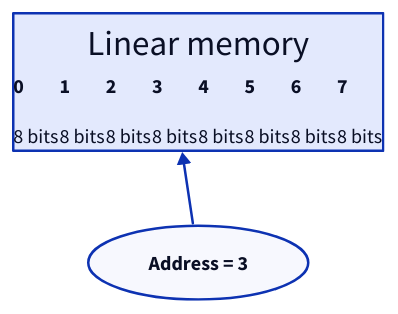
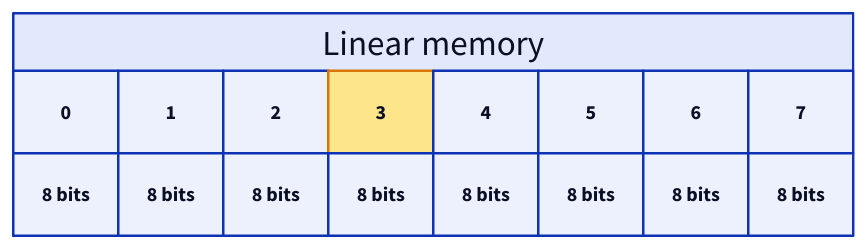
Diagram 24 of 50 in src/computer-science/DSA/data-structures/1.arrays/02-multidimensional.md (ani2fun/note-book), drawn with D2 before and after one commit. The commit also changed other lines of this file, not shown here.

First line of the commit message:
DSA arrays/02-multidimensional: deep narrative pass + diagram tabular sweep

````diff
--- a/src/computer-science/DSA/data-structures/1.arrays/02-multidimensional.md
+++ b/src/computer-science/DSA/data-structures/1.arrays/02-multidimensional.md
@@ -1154,53 +1164,25 @@
 ```d2
-direction: right
-
 mem: "Linear memory" {
+  grid-rows: 2
   grid-columns: 8
   grid-gap: 0
-  b0: |md
-    **0**
-
-    8 bits
-  |
-  b1: |md
-    **1**
-
-    8 bits
-  |
-  b2: |md
-    **2**
-
-    8 bits
-  |
-  b3: |md
-    **3**
-
-    8 bits
-  |
-  b4: |md
-    **4**
-
-    8 bits
-  |
-  b5: |md
-    **5**
-
-    8 bits
-  |
-  b6: |md
-    **6**
-
-    8 bits
-  |
-  b7: |md
-    **7**
-
-    8 bits
-  |
+  a0: "0"
+  a1: "1"
+  a2: "2"
+  a3: "3"
+  a4: "4"
+  a5: "5"
+  a6: "6"
+  a7: "7"
+  s0: "8 bits"
+  s1: "8 bits"
+  s2: "8 bits"
+  s3: "8 bits"
+  s4: "8 bits"
+  s5: "8 bits"
+  s6: "8 bits"
+  s7: "8 bits"
 }
-
-addr: Address = 3 {
-  shape: oval
-}
-addr -> mem.b3
+mem.a3.style.fill: "#fde68a"
+mem.a3.style.stroke: "#d97706"
 ```
````
